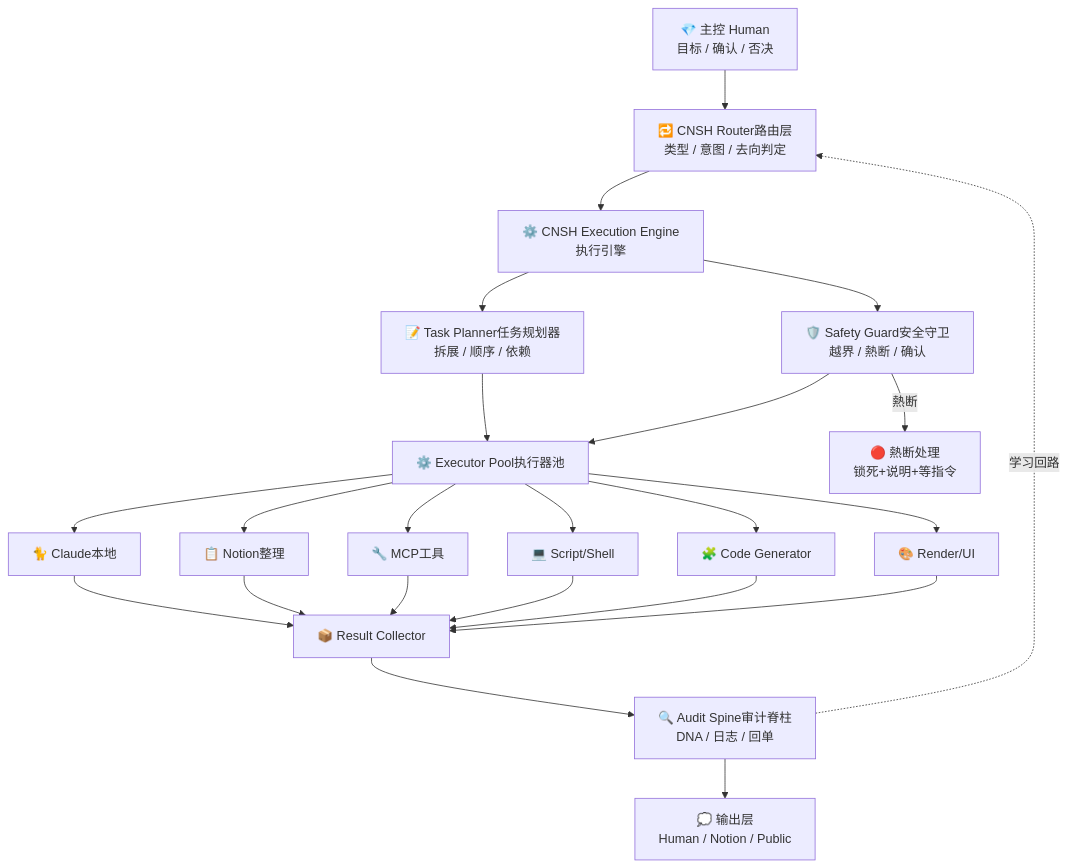
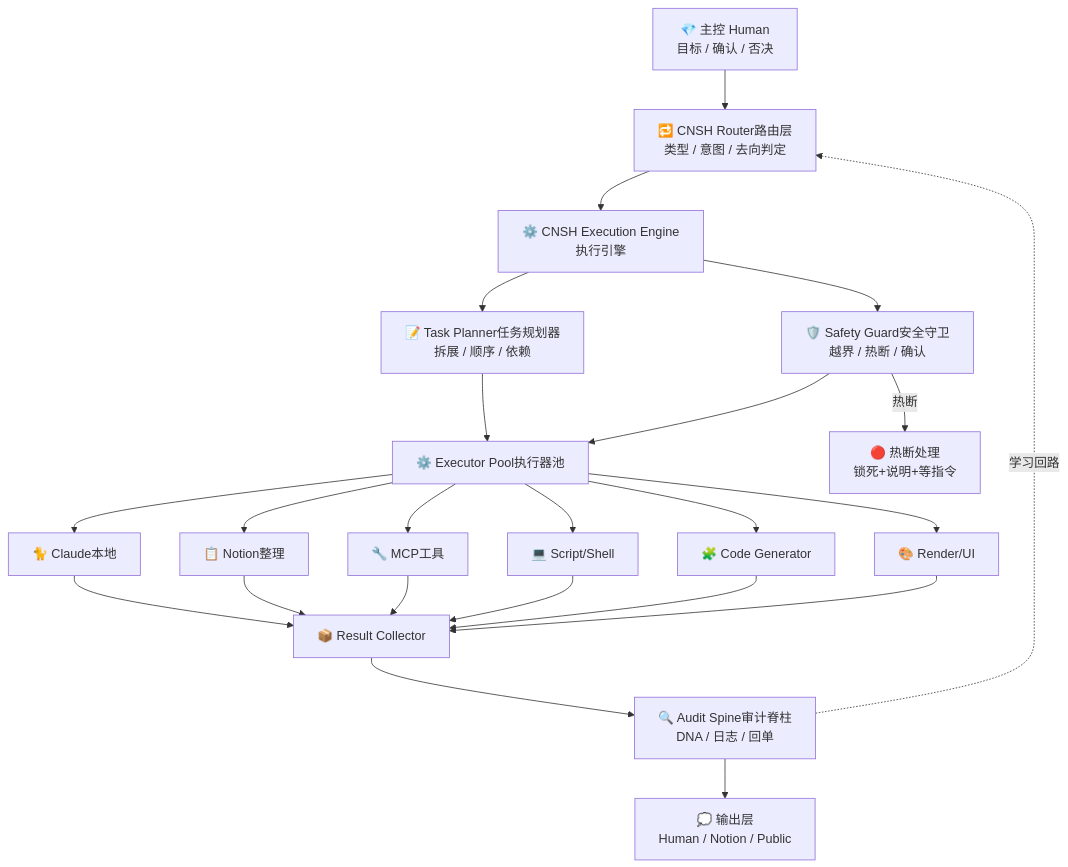
One commit to UID9622/longhun-system changed the diagram in docs/uid9622-hosted/taiji/⚙️ CNSH 执行引擎图 v1 0｜路由决定去哪·引擎决定怎么做.md. Above: the diagram before and after it, drawn with Mermaid. The commit also changed other lines of this file and 81429 other files, not shown here.

````diff
--- a/docs/uid9622-hosted/taiji/⚙️ CNSH 执行引擎图 v1 0｜路由决定去哪·引擎决定怎么做.md
+++ b/docs/uid9622-hosted/taiji/⚙️ CNSH 执行引擎图 v1 0｜路由决定去哪·引擎决定怎么做.md
@@ -287,20 +287,20 @@
 ```mermaid
 flowchart TD
     H["💎 主控 Human<br>目标 / 确认 / 否决"] --> R["🔁 CNSH Router路由层<br>类型 / 意图 / 去向判定"]
     R --> E["⚙️ CNSH Execution Engine执行引擎"]
     E --> TP["📝 Task Planner任务规划器<br>拆展 / 顺序 / 依赖"]
-    E --> SG["🛡️ Safety Guard安全守卫<br>越界 / 熱断 / 确认"]
+    E --> SG["🛡️ Safety Guard安全守卫<br>越界 / 热断 / 确认"]
     TP --> EP["⚙️ Executor Pool执行器池"]
     SG --> EP
     EP --> E1["🐈 Claude本地"]
     EP --> E2["📋 Notion整理"]
     EP --> E3["🔧 MCP工具"]
     EP --> E4["💻 Script/Shell"]
     EP --> E5["🧩 Code Generator"]
     EP --> E6["🎨 Render/UI"]
     E1 & E2 & E3 & E4 & E5 & E6 --> RC["📦 Result Collector"]
     RC --> AS["🔍 Audit Spine审计脊柱<br>DNA / 日志 / 回单"]
     AS --> OUT["💭 输出层<br>Human / Notion / Public"]
     AS -.->|"学习回路"| R
-    SG -->|"熱断"| FUSE["🔴 熱断处理<br>锁死+说明+等指令"]
+    SG -->|"热断"| FUSE["🔴 热断处理<br>锁死+说明+等指令"]
 ```
````
